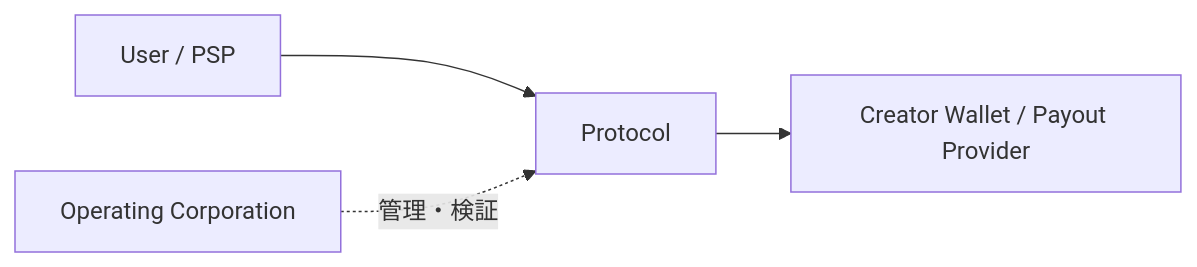
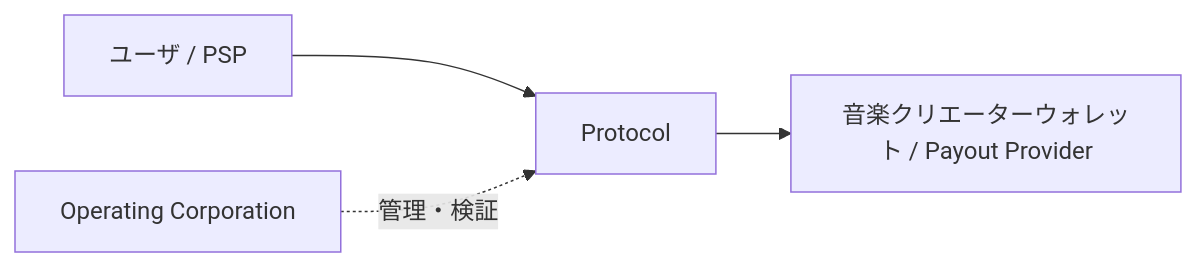
One commit to ShigeichiroYamasaki/creator-first-platform changed diagram 12 of 45 in docs/whitepaper/11-legal-sto-tax.md. Above: the diagram before and after it, drawn with Mermaid. The commit also changed other lines of this file and 67 other files, not shown here.

````diff
--- a/docs/whitepaper/11-legal-sto-tax.md
+++ b/docs/whitepaper/11-legal-sto-tax.md
@@ -371,11 +371,11 @@
 ```mermaid
 flowchart LR
-    USER[User / PSP]
+    USER[ユーザ / PSP]
     CONTRACT[Protocol]
-    CREATOR[Creator Wallet / Payout Provider]
+    CREATOR[音楽クリエーターウォレット / Payout Provider]
 
     USER --> CONTRACT --> CREATOR
 
     PLATFORM[Operating Corporation]
     PLATFORM -.->|管理・検証| CONTRACT
 ```
````
